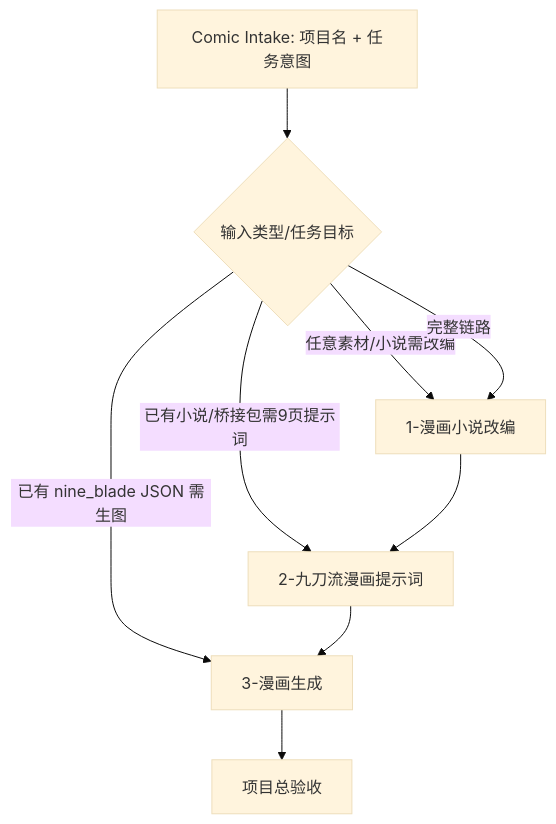
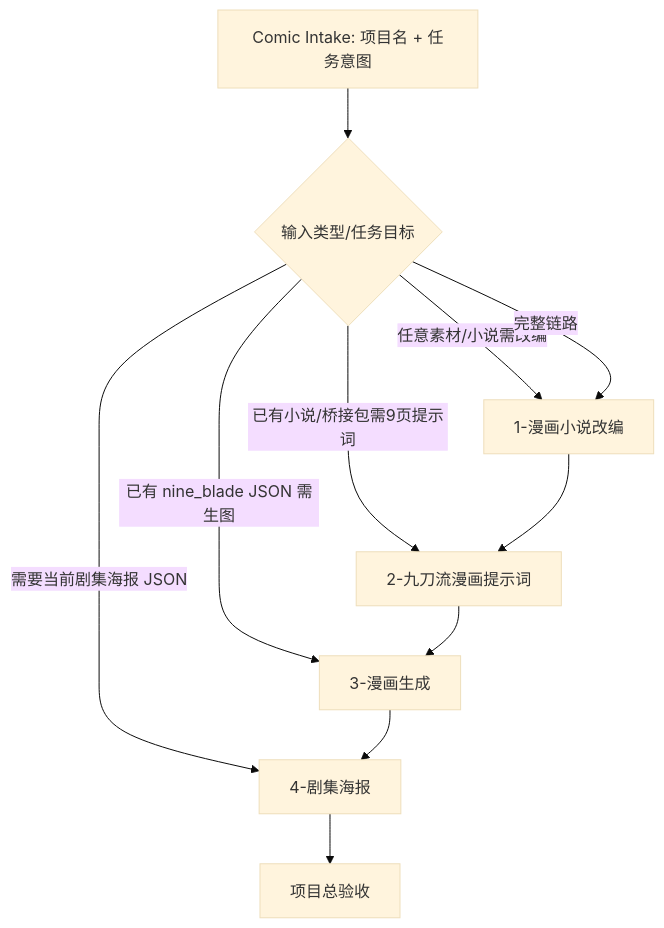
The first of 3 diagrams in .agents/skills/comic/SKILL.md (ZEN-VOID/AI-CUT), drawn with Mermaid (base theme) before and after one commit. The commit also changed other lines of this file and 41 other files, not shown here.

````diff
--- a/.agents/skills/comic/SKILL.md
+++ b/.agents/skills/comic/SKILL.md
@@ -47,11 +48,13 @@
 ```mermaid
 flowchart TD
     A["Comic Intake: 项目名 + 任务意图"] --> B{"输入类型/任务目标"}
     B -->|"任意素材/小说需改编"| C["1-漫画小说改编"]
     B -->|"已有小说/桥接包需9页提示词"| D["2-九刀流漫画提示词"]
     B -->|"已有 nine_blade JSON 需生图"| E["3-漫画生成"]
+    B -->|"需要当前剧集海报 JSON"| F["4-剧集海报"]
     B -->|"完整链路"| C
     C --> D
     D --> E
-    E --> F["项目总验收"]
+    E --> F
+    F --> G["项目总验收"]
 ```
````
